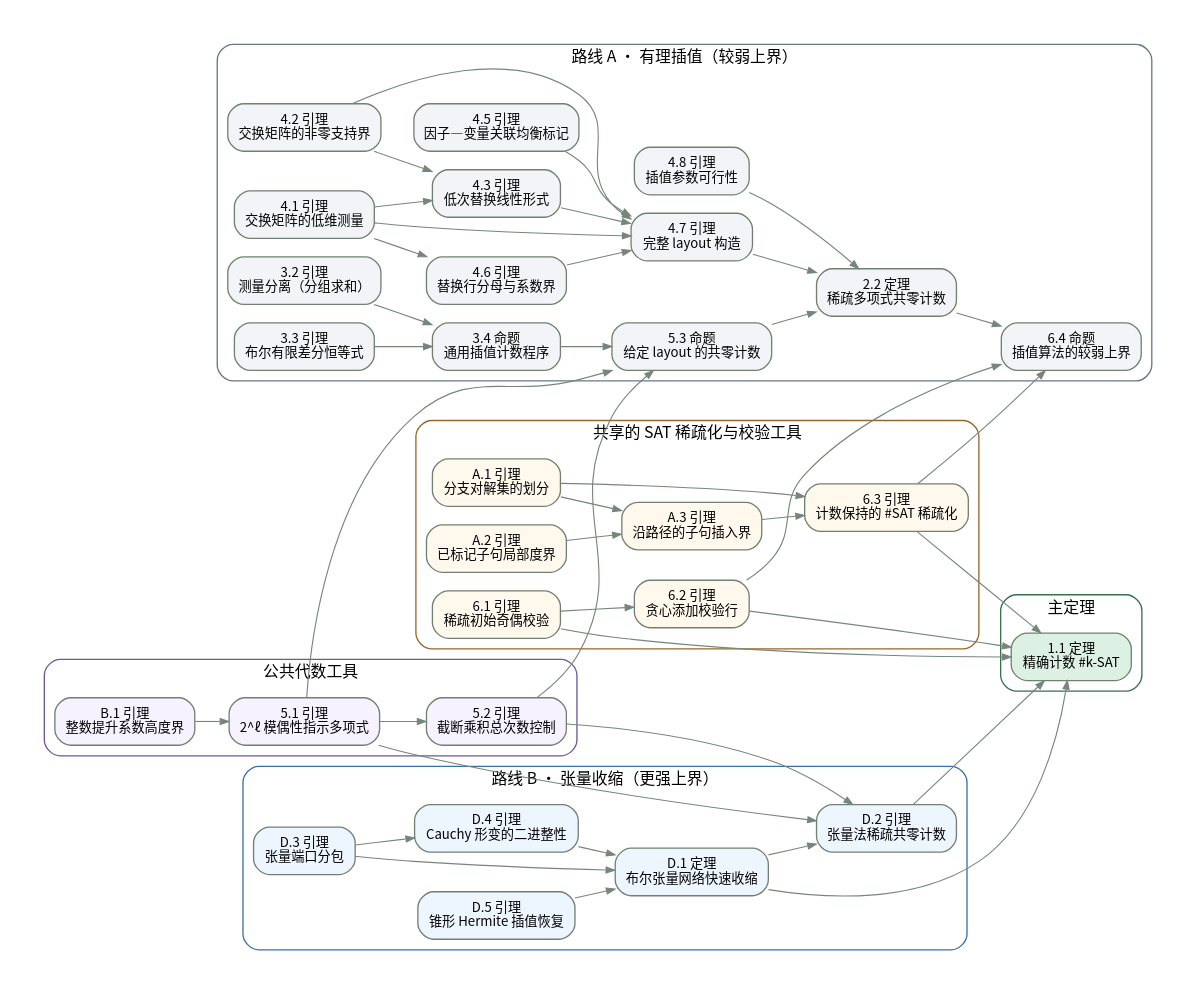
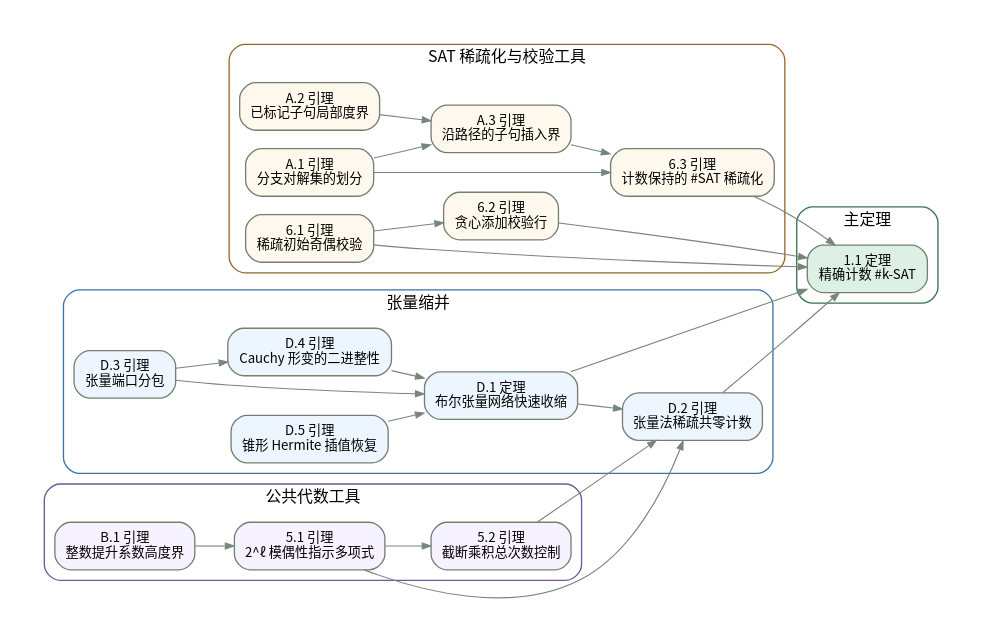
The diagram in web/dependency-reference.dot (Wu-02/eth-proof-wiki), drawn with Graphviz before and after one commit. The commit also changed 38 other files, not shown here.

```diff
--- a/web/dependency-reference.dot
+++ b/web/dependency-reference.dot
@@ -1,81 +1,47 @@
 digraph ProofDependency {
 graph [rankdir=LR, bgcolor="white", pad=.25, nodesep=.2, ranksep=.35, compound=true];
 node [shape=box, style="rounded,filled", fontname="Noto Sans CJK SC", fontsize=10, margin=".12,.09", color="#728071"];
 edge [color="#76867a", arrowsize=.65, penwidth=.85];
 subgraph cluster_common { label="公共代数工具"; fontname="Noto Sans CJK SC"; fontsize=12; color="#6f5799"; style=rounded;
-"5.1" [label="5.1 引理\n2^ℓ 模偶性指示多项式", fillcolor="#f7f2ff", URL="5.1/"];
-"5.2" [label="5.2 引理\n截断乘积总次数控制", fillcolor="#f7f2ff", URL="5.2/"];
-"B.1" [label="B.1 引理\n整数提升系数高度界", fillcolor="#f7f2ff", URL="B.1/"];
+"5.1" [label="5.1 引理\n2^ℓ 模偶性指示多项式", fillcolor="#f7f2ff", URL="../5.1.html"];
+"5.2" [label="5.2 引理\n截断乘积总次数控制", fillcolor="#f7f2ff", URL="../5.2.html"];
+"B.1" [label="B.1 引理\n整数提升系数高度界", fillcolor="#f7f2ff", URL="../B.1.html"];
 }
-subgraph cluster_interp { label="路线 A · 有理插值（较弱上界）"; fontname="Noto Sans CJK SC"; fontsize=12; color="#697686"; style=rounded;
-"2.2" [label="2.2 定理\n稀疏多项式共零计数", fillcolor="#f2f4f7", URL="2.2/"];
-"3.2" [label="3.2 引理\n测量分离（分组求和）", fillcolor="#f2f4f7", URL="3.2/"];
-"3.3" [label="3.3 引理\n布尔有限差分恒等式", fillcolor="#f2f4f7", URL="3.3/"];
-"3.4" [label="3.4 命题\n通用插值计数程序", fillcolor="#f2f4f7", URL="3.4/"];
-"4.1" [label="4.1 引理\n交换矩阵的低维测量", fillcolor="#f2f4f7", URL="4.1/"];
-"4.2" [label="4.2 引理\n交换矩阵的非零支持界", fillcolor="#f2f4f7", URL="4.2/"];
-"4.3" [label="4.3 引理\n低次替换线性形式", fillcolor="#f2f4f7", URL="4.3/"];
-"4.5" [label="4.5 引理\n因子—变量关联均衡标记", fillcolor="#f2f4f7", URL="4.5/"];
-"4.6" [label="4.6 引理\n替换行分母与系数界", fillcolor="#f2f4f7", URL="4.6/"];
-"4.7" [label="4.7 引理\n完整 layout 构造", fillcolor="#f2f4f7", URL="4.7/"];
-"4.8" [label="4.8 引理\n插值参数可行性", fillcolor="#f2f4f7", URL="4.8/"];
-"5.3" [label="5.3 命题\n给定 layout 的共零计数", fillcolor="#f2f4f7", URL="5.3/"];
-"6.4" [label="6.4 命题\n插值算法的较弱上界", fillcolor="#f2f4f7", URL="6.4/"];
+subgraph cluster_sparsity { label="SAT 稀疏化与校验工具"; fontname="Noto Sans CJK SC"; fontsize=12; color="#95672c"; style=rounded;
+"6.1" [label="6.1 引理\n稀疏初始奇偶校验", fillcolor="#fff8ec", URL="../6.1.html"];
+"6.2" [label="6.2 引理\n贪心添加校验行", fillcolor="#fff8ec", URL="../6.2.html"];
+"6.3" [label="6.3 引理\n计数保持的 #SAT 稀疏化", fillcolor="#fff8ec", URL="../6.3.html"];
+"A.1" [label="A.1 引理\n分支对解集的划分", fillcolor="#fff8ec", URL="../A.1.html"];
+"A.2" [label="A.2 引理\n已标记子句局部度界", fillcolor="#fff8ec", URL="../A.2.html"];
+"A.3" [label="A.3 引理\n沿路径的子句插入界", fillcolor="#fff8ec", URL="../A.3.html"];
 }
-subgraph cluster_sparsity { label="共享的 SAT 稀疏化与校验工具"; fontname="Noto Sans CJK SC"; fontsize=12; color="#95672c"; style=rounded;
-"6.1" [label="6.1 引理\n稀疏初始奇偶校验", fillcolor="#fff8ec", URL="6.1/"];
-"6.2" [label="6.2 引理\n贪心添加校验行", fillcolor="#fff8ec", URL="6.2/"];
-"6.3" [label="6.3 引理\n计数保持的 #SAT 稀疏化", fillcolor="#fff8ec", URL="6.3/"];
-"A.1" [label="A.1 引理\n分支对解集的划分", fillcolor="#fff8ec", URL="A.1/"];
-"A.2" [label="A.2 引理\n已标记子句局部度界", fillcolor="#fff8ec", URL="A.2/"];
-"A.3" [label="A.3 引理\n沿路径的子句插入界", fillcolor="#fff8ec", URL="A.3/"];
-}
-subgraph cluster_tensor { label="路线 B · 张量收缩（更强上界）"; fontname="Noto Sans CJK SC"; fontsize=12; color="#3970a8"; style=rounded;
-"D.1" [label="D.1 定理\n布尔张量网络快速收缩", fillcolor="#edf5ff", URL="D.1/"];
-"D.2" [label="D.2 引理\n张量法稀疏共零计数", fillcolor="#edf5ff", URL="D.2/"];
-"D.3" [label="D.3 引理\n张量端口分包", fillcolor="#edf5ff", URL="D.3/"];
-"D.4" [label="D.4 引理\nCauchy 形变的二进整性", fillcolor="#edf5ff", URL="D.4/"];
-"D.5" [label="D.5 引理\n锥形 Hermite 插值恢复", fillcolor="#edf5ff", URL="D.5/"];
+subgraph cluster_tensor { label="张量缩并"; fontname="Noto Sans CJK SC"; fontsize=12; color="#3970a8"; style=rounded;
+"D.1" [label="D.1 定理\n布尔张量网络快速收缩", fillcolor="#edf5ff", URL="../D.1.html"];
+"D.2" [label="D.2 引理\n张量法稀疏共零计数", fillcolor="#edf5ff", URL="../D.2.html"];
+"D.3" [label="D.3 引理\n张量端口分包", fillcolor="#edf5ff", URL="../D.3.html"];
+"D.4" [label="D.4 引理\nCauchy 形变的二进整性", fillcolor="#edf5ff", URL="../D.4.html"];
+"D.5" [label="D.5 引理\n锥形 Hermite 插值恢复", fillcolor="#edf5ff", URL="../D.5.html"];
 }
 subgraph cluster_output { label="主定理"; fontname="Noto Sans CJK SC"; fontsize=12; color="#39704d"; style=rounded;
-"1.1" [label="1.1 定理\n精确计数 #k-SAT", fillcolor="#dcf0e3", URL="1.1/"];
+"1.1" [label="1.1 定理\n精确计数 #k-SAT", fillcolor="#dcf0e3", URL="../1.1.html"];
 }
 "5.1" -> "5.2";
-"5.1" -> "5.3";
 "5.1" -> "D.2";
-"5.2" -> "5.3";
 "5.2" -> "D.2";
 "B.1" -> "5.1";
-"2.2" -> "6.4";
-"3.2" -> "3.4";
-"3.3" -> "3.4";
-"3.4" -> "5.3";
-"4.1" -> "4.3";
-"4.1" -> "4.6";
-"4.1" -> "4.7";
-"4.2" -> "4.3";
-"4.2" -> "4.7";
-"4.3" -> "4.7";
-"4.5" -> "4.7";
-"4.6" -> "4.7";
-"4.7" -> "2.2";
-"4.8" -> "2.2";
-"5.3" -> "2.2";
 "6.1" -> "6.2";
 "6.1" -> "1.1";
-"6.2" -> "6.4";
 "6.2" -> "1.1";
-"6.3" -> "6.4";
 "6.3" -> "1.1";
 "A.1" -> "6.3";
 "A.1" -> "A.3";
 "A.2" -> "A.3";
 "A.3" -> "6.3";
 "D.1" -> "D.2";
 "D.1" -> "1.1";
 "D.2" -> "1.1";
 "D.3" -> "D.1";
 "D.3" -> "D.4";
 "D.4" -> "D.1";
 "D.5" -> "D.1";
 }
```
